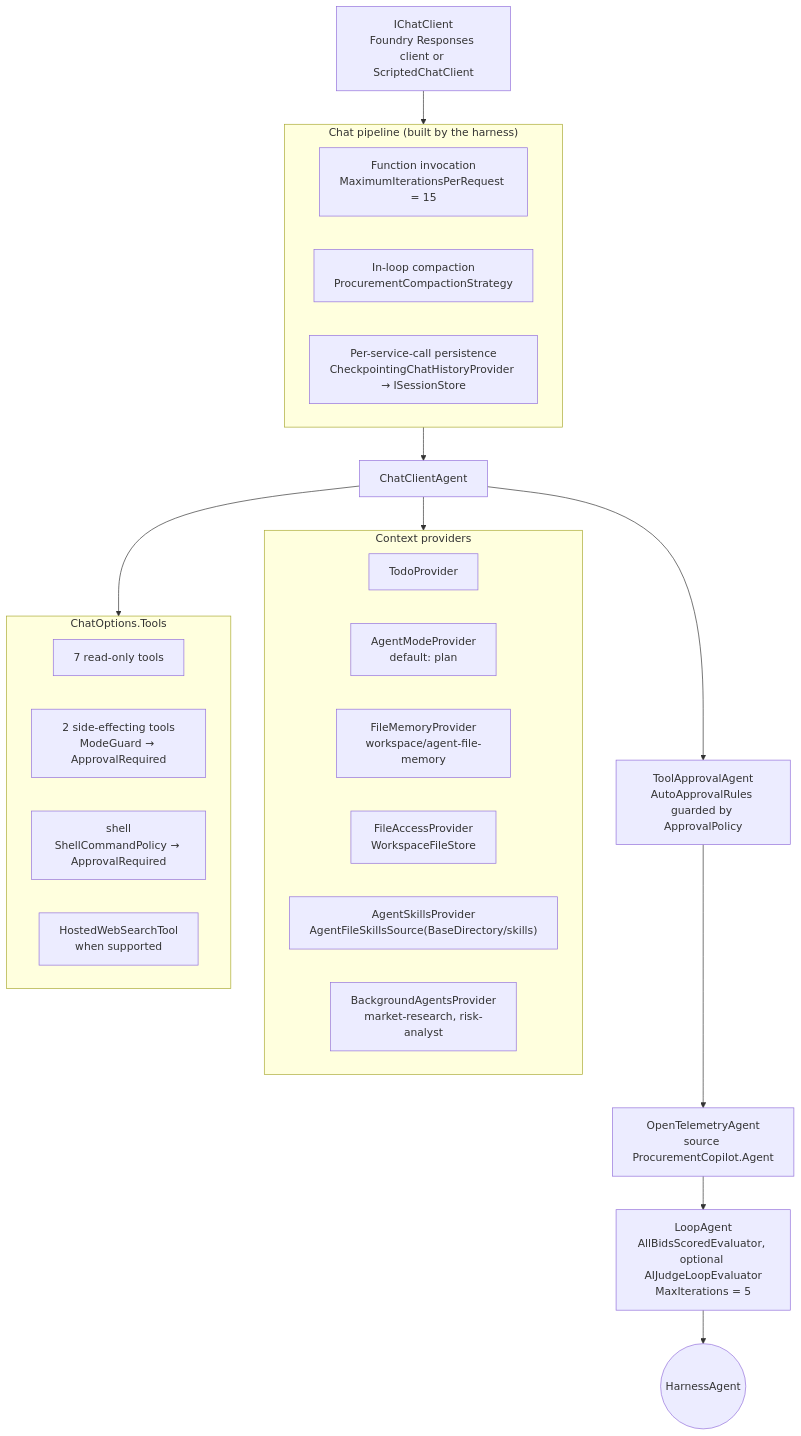
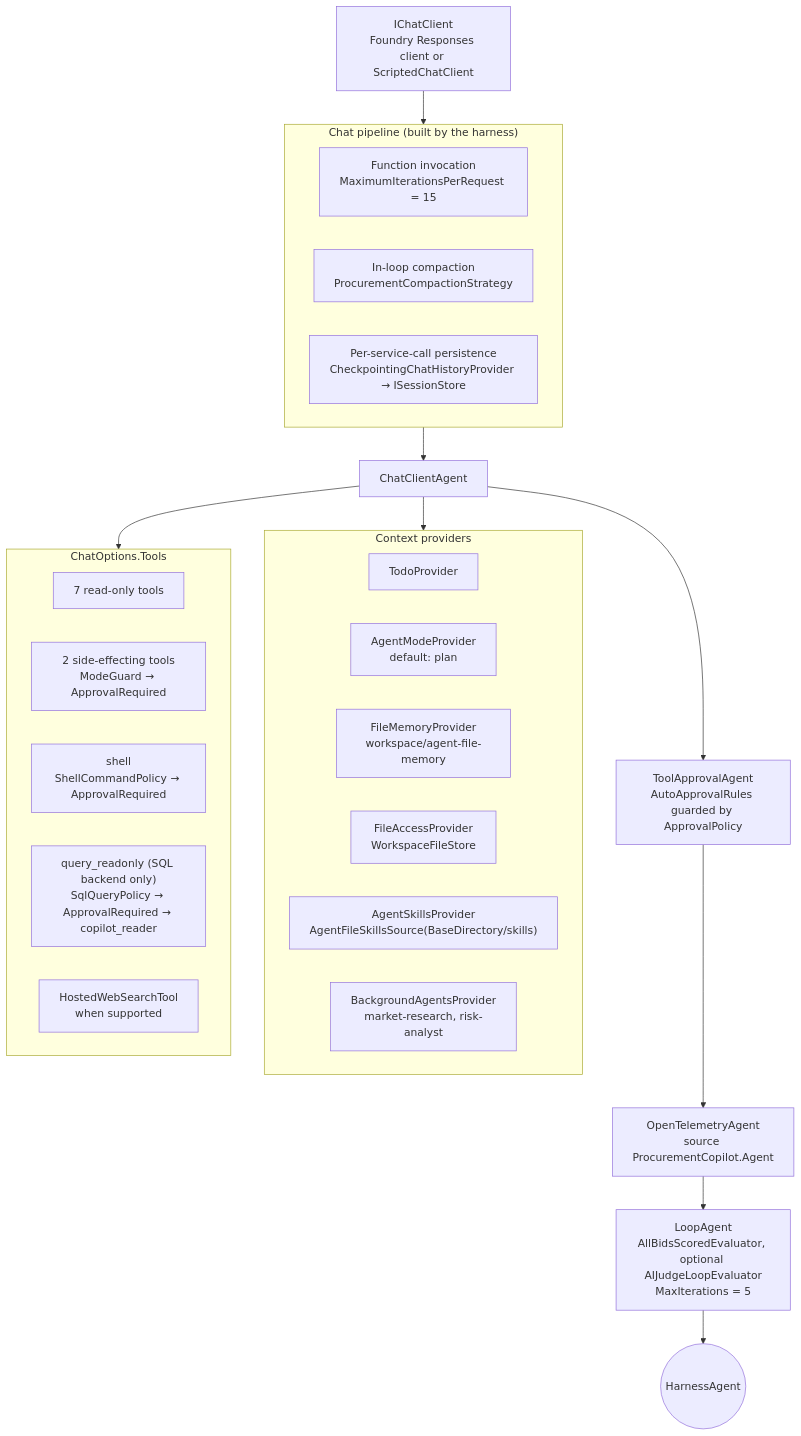
The diagram in docs/ARCHITECTURE.md (shoebsd31/microsoft-agent-harness-demo), drawn with Mermaid before and after one commit. The commit also changed other lines of this file and 173 other files, not shown here.

First line of the commit message:
Add SQL Server backend, admin app, Terminal.Gui TUI and multi-instance sessions

````diff
--- a/docs/ARCHITECTURE.md
+++ b/docs/ARCHITECTURE.md
@@ -8,31 +8,32 @@
 ```mermaid
 flowchart TB
     CC["IChatClient<br/>Foundry Responses client or ScriptedChatClient"]
     CC --> Pipe
     subgraph Pipe["Chat pipeline (built by the harness)"]
         FI["Function invocation<br/>MaximumIterationsPerRequest = 15"]
         CP["In-loop compaction<br/>ProcurementCompactionStrategy"]
         HP["Per-service-call persistence<br/>CheckpointingChatHistoryProvider → ISessionStore"]
     end
     Pipe --> CA["ChatClientAgent"]
     subgraph Providers["Context providers"]
         TP["TodoProvider"]
         MP["AgentModeProvider<br/>default: plan"]
         FM["FileMemoryProvider<br/>workspace/agent-file-memory"]
         FA["FileAccessProvider<br/>WorkspaceFileStore"]
         SK["AgentSkillsProvider<br/>AgentFileSkillsSource(BaseDirectory/skills)"]
         BA["BackgroundAgentsProvider<br/>market-research, risk-analyst"]
     end
     CA --> Providers
     CA --> Tools
     subgraph Tools["ChatOptions.Tools"]
         RO["7 read-only tools"]
         SE["2 side-effecting tools<br/>ModeGuard → ApprovalRequired"]
         SH["shell<br/>ShellCommandPolicy → ApprovalRequired"]
+        QR["query_readonly (SQL backend only)<br/>SqlQueryPolicy → ApprovalRequired → copilot_reader"]
         WS["HostedWebSearchTool<br/>when supported"]
     end
     CA --> TA["ToolApprovalAgent<br/>AutoApprovalRules guarded by ApprovalPolicy"]
     TA --> OT["OpenTelemetryAgent<br/>source ProcurementCopilot.Agent"]
     OT --> LA["LoopAgent<br/>AllBidsScoredEvaluator, optional AIJudgeLoopEvaluator<br/>MaxIterations = 5"]
     LA --> H(("HarnessAgent"))
 ```
````
